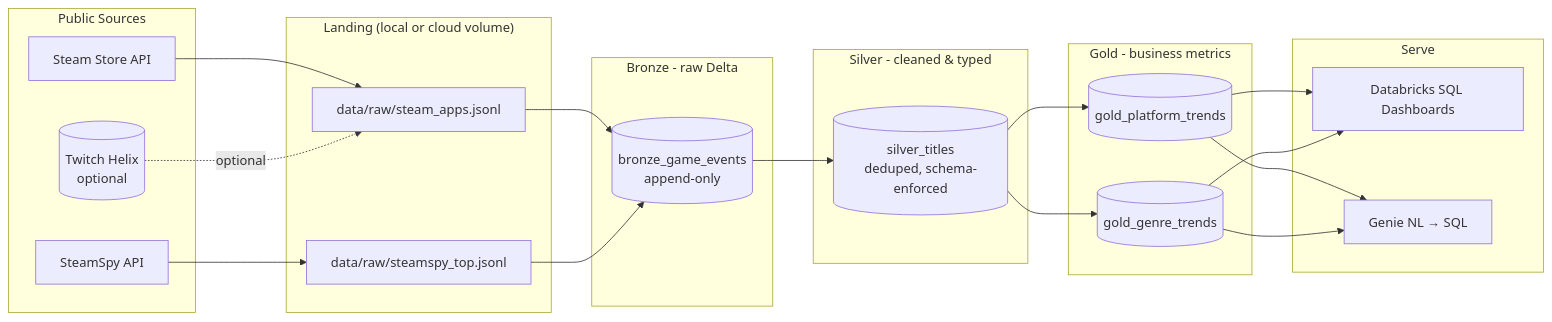
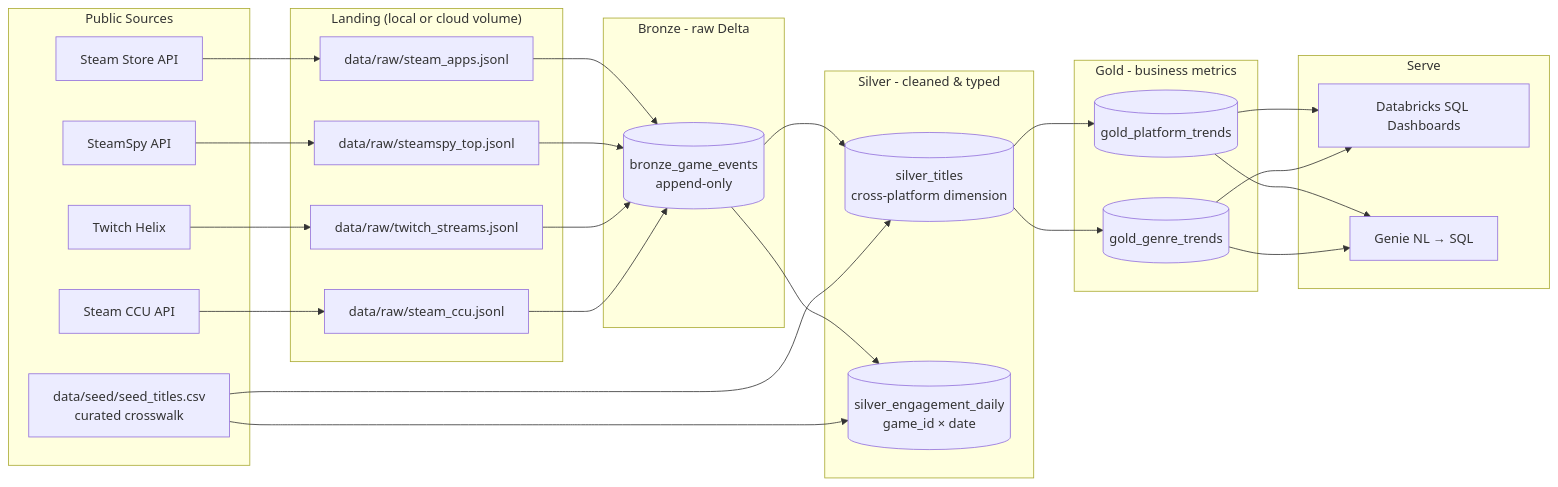
The diagram in docs/architecture.md (jt0321/databricks-game-trends), drawn with Mermaid before and after one commit. The commit also changed other lines of this file and 10 other files, not shown here.

First line of the commit message:
Add engagement pipeline: Twitch Helix + Steam CCU snapshots to silver_engagement_daily

````diff
--- a/docs/architecture.md
+++ b/docs/architecture.md
@@ -7,44 +7,55 @@
 ```mermaid
 flowchart LR
     subgraph Sources["Public Sources"]
         A1[Steam Store API]
         A2[SteamSpy API]
-        A3[(Twitch Helix<br/>optional)]
+        A3[Twitch Helix]
+        A4[Steam CCU API]
+        A5[data/seed/seed_titles.csv<br/>curated crosswalk]
     end
 
     subgraph Landing["Landing (local or cloud volume)"]
         L1[data/raw/steam_apps.jsonl]
         L2[data/raw/steamspy_top.jsonl]
+        L3[data/raw/twitch_streams.jsonl]
+        L4[data/raw/steam_ccu.jsonl]
     end
 
     subgraph Bronze["Bronze - raw Delta"]
         B1[(bronze_game_events<br/>append-only)]
     end
 
     subgraph Silver["Silver - cleaned & typed"]
-        S1[(silver_titles<br/>deduped, schema-enforced)]
+        S1[(silver_titles<br/>cross-platform dimension)]
+        S2[(silver_engagement_daily<br/>game_id × date)]
     end
 
     subgraph Gold["Gold - business metrics"]
         G1[(gold_platform_trends)]
         G2[(gold_genre_trends)]
     end
 
     subgraph Serve["Serve"]
         D1[Databricks SQL Dashboards]
         D2[Genie NL → SQL]
     end
 
     A1 --> L1
     A2 --> L2
-    A3 -. optional .-> L1
+    A3 --> L3
+    A4 --> L4
     L1 --> B1
     L2 --> B1
+    L3 --> B1
+    L4 --> B1
     B1 --> S1
+    B1 --> S2
+    A5 --> S1
+    A5 --> S2
     S1 --> G1
     S1 --> G2
     G1 --> D1
     G2 --> D1
     G1 --> D2
     G2 --> D2
 ```
````
